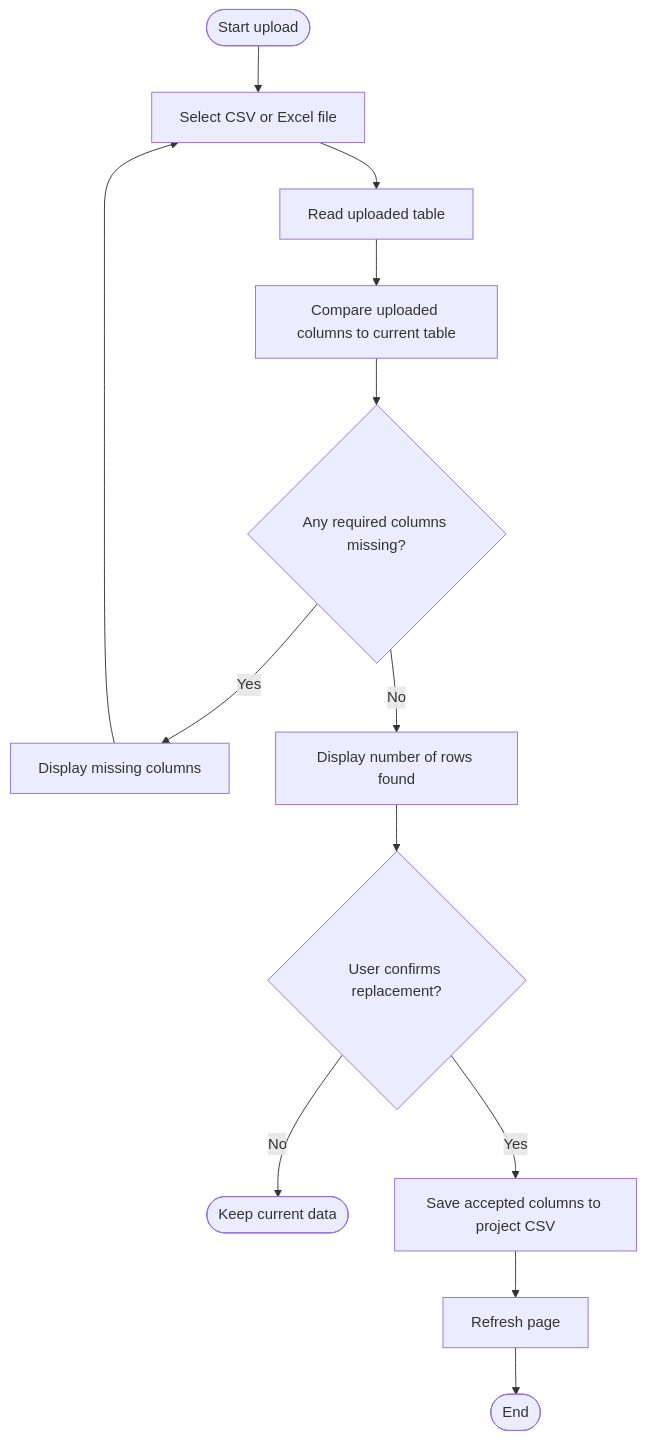
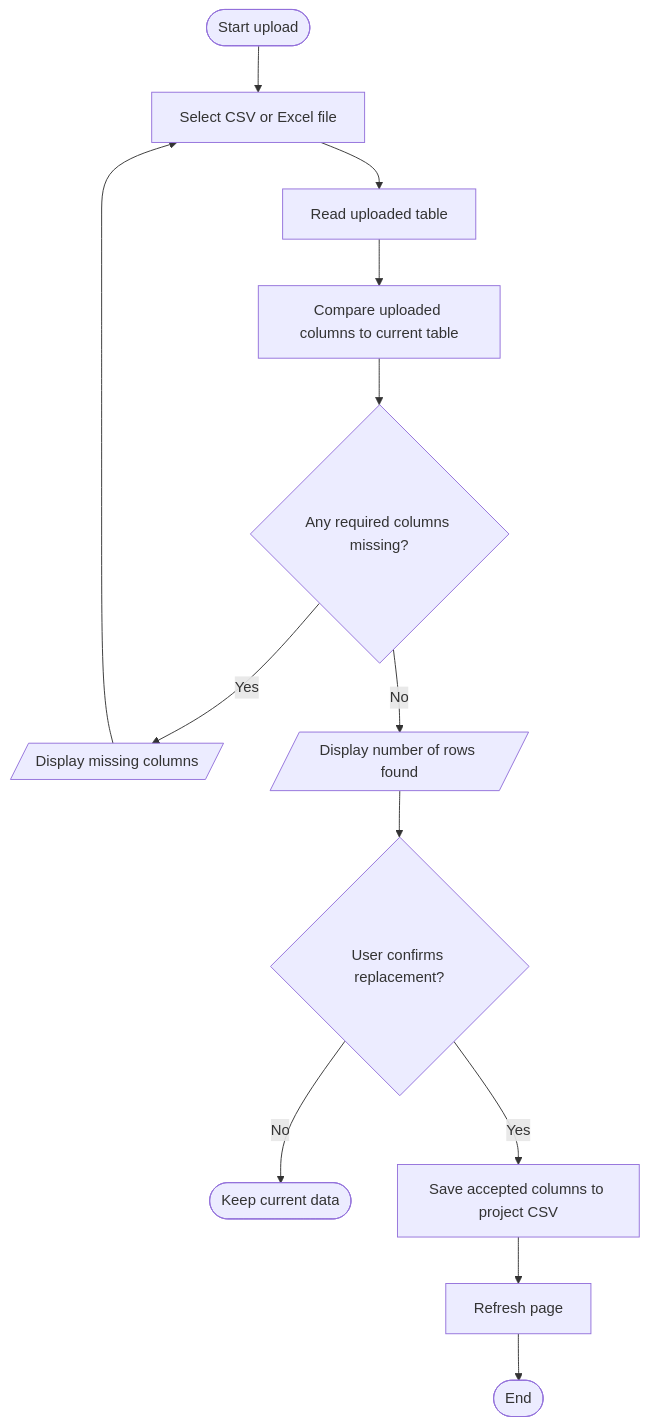
The third of 12 diagrams in Algorithms, Flowcharts and Pseudocode/flowcharts/FLOWCHARTS.md (2942996/KHWEZI-MINING-APP), drawn with Mermaid before and after one commit. The commit also changed other lines of this file, not shown here.

First line of the commit message:
Refactor flowchart error messages for clarity

````diff
--- a/Algorithms, Flowcharts and Pseudocode/flowcharts/FLOWCHARTS.md
+++ b/Algorithms, Flowcharts and Pseudocode/flowcharts/FLOWCHARTS.md
@@ -40,15 +40,15 @@
 ```mermaid
 flowchart TD
     A([Start upload]) --> B[Select CSV or Excel file]
     B --> C[Read uploaded table]
     C --> D[Compare uploaded columns to current table]
     D --> E{Any required columns missing?}
-    E -- Yes --> F[Display missing columns]
+    E -- Yes --> F[/Display missing columns/]
     F --> B
-    E -- No --> G[Display number of rows found]
+    E -- No --> G[/Display number of rows found/]
     G --> H{User confirms replacement?}
     H -- No --> I([Keep current data])
     H -- Yes --> J[Save accepted columns to project CSV]
     J --> K[Refresh page]
     K --> L([End])
 ```
````
